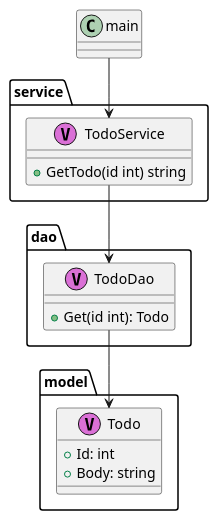
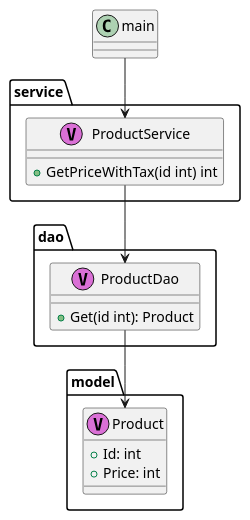
The diagram in arch.puml (care-1040/di-sample), drawn with PlantUML before and after one commit. The commit also changed 11 other files, not shown here.

Commit message:
change: todo to product

```diff
--- a/arch.puml
+++ b/arch.puml
@@ -1,24 +1,24 @@
 @startuml
 package "model" {
-    class "Todo" as model.Todo <<V,Orchid>> {
+    class "Product" as model.Product <<V,Orchid>> {
         +Id: int
-        +Body: string
+        +Price: int
     }
 }
 
 package "dao" {
-    class "TodoDao" as dao.TodoDao <<V,Orchid>> {
-        +Get(id int): Todo
+    class "ProductDao" as dao.ProductDao <<V,Orchid>> {
+        +Get(id int): Product
     }
 }
 
 package "service" {
-    class "TodoService" as service.TodoService <<V,Orchid>> {
-        +GetTodo(id int) string
+    class "ProductService" as service.ProductService <<V,Orchid>> {
+        +GetPriceWithTax(id int) int
     }
 }
 
-main --> service.TodoService
-service.TodoService --> dao.TodoDao
-dao.TodoDao --> model.Todo
+main --> service.ProductService
+service.ProductService --> dao.ProductDao
+dao.ProductDao --> model.Product
 @enduml
```
